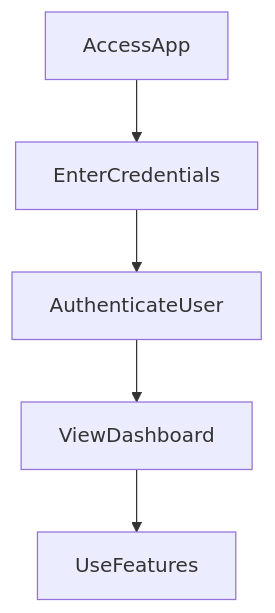
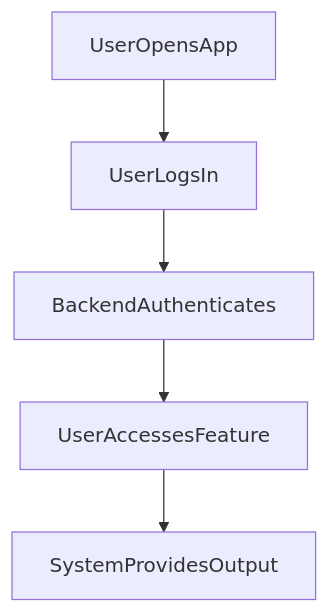
Before and after one commit to yogithasivakumar/FocusZen: the second of 2 diagrams in README.md, drawn with Mermaid. The commit also changed other lines of this file, not shown here.

````diff
--- a/README.md
+++ b/README.md
@@ -16,7 +23,7 @@
 ```mermaid
 flowchart TD
-    AccessApp --> EnterCredentials
-    EnterCredentials --> AuthenticateUser
-    AuthenticateUser --> ViewDashboard
-    ViewDashboard --> UseFeatures
+    UserOpensApp --> UserLogsIn
+    UserLogsIn --> BackendAuthenticates
+    BackendAuthenticates --> UserAccessesFeature
+    UserAccessesFeature --> SystemProvidesOutput
 ```
````
